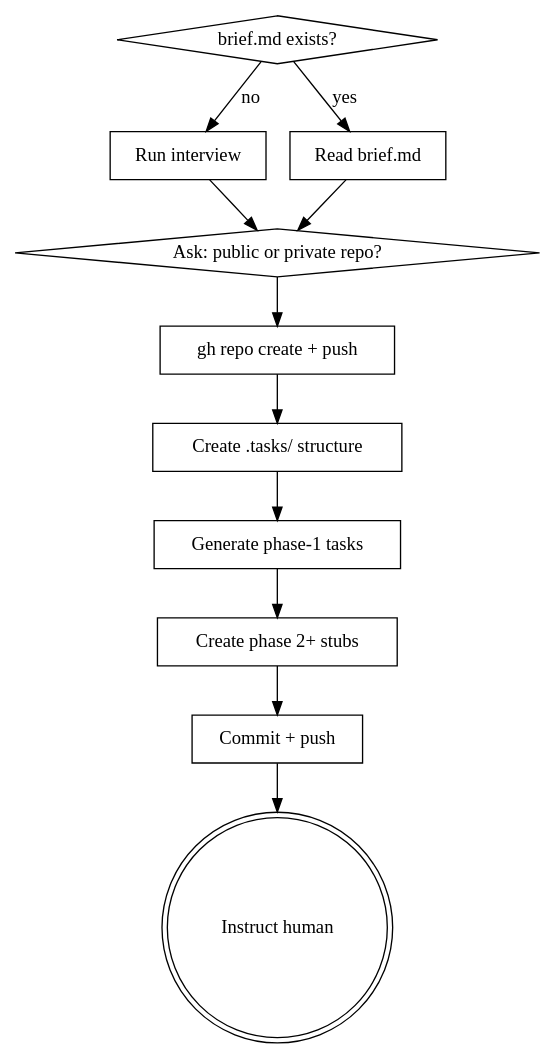
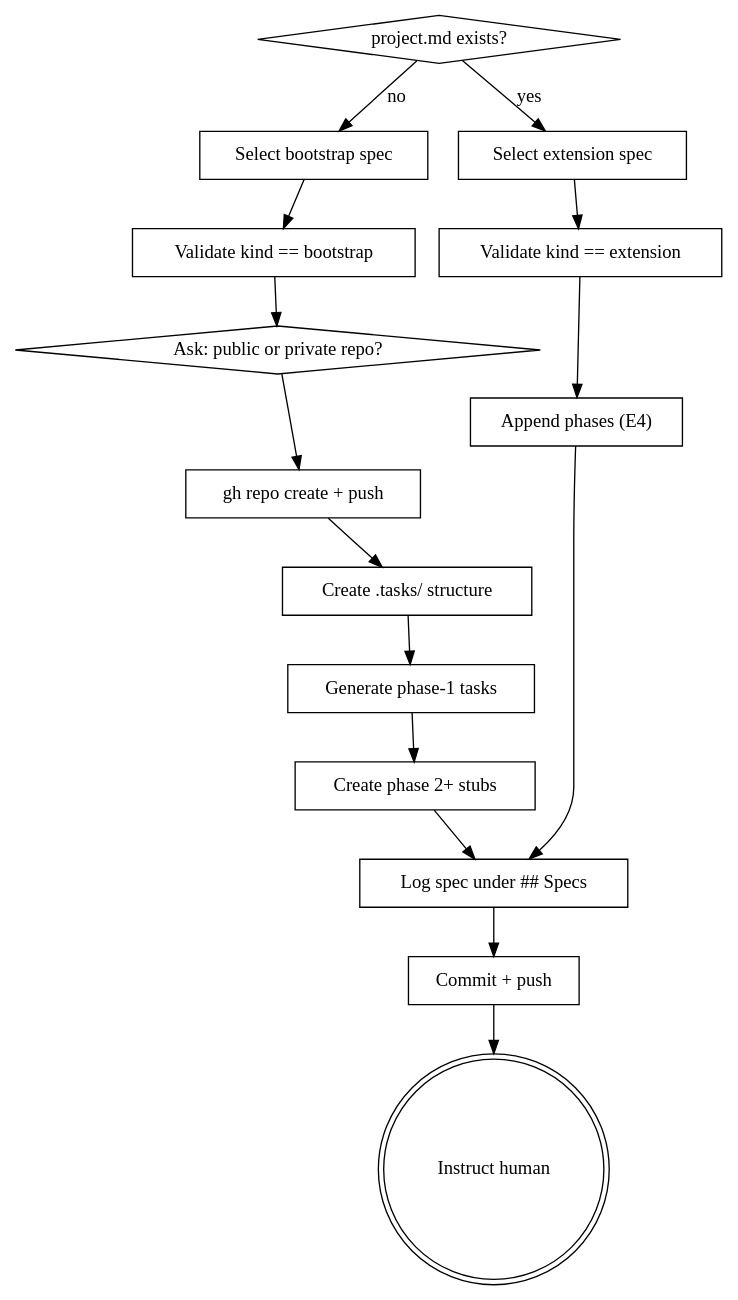
One commit to dx0ne/agent-skills changed the diagram in skills/agentflow/project-orchestrate/SKILL.md. Above: the diagram before and after it, drawn with Graphviz. The commit also changed other lines of this file and 1 other file, not shown here.

Commit message:
chore(task-01): done — Rewrite Claude project-orchestrate input contract to .tasks/specs/

````diff
--- a/skills/agentflow/project-orchestrate/SKILL.md
+++ b/skills/agentflow/project-orchestrate/SKILL.md
@@ -21,25 +22,33 @@
 ```dot
 digraph orchestrate {
-    "brief.md exists?" [shape=diamond];
-    "Run interview" [shape=box];
-    "Read brief.md" [shape=box];
+    "project.md exists?" [shape=diamond];
+    "Select bootstrap spec" [shape=box];
+    "Select extension spec" [shape=box];
+    "Validate kind == bootstrap" [shape=box];
+    "Validate kind == extension" [shape=box];
     "Ask: public or private repo?" [shape=diamond];
     "gh repo create + push" [shape=box];
     "Create .tasks/ structure" [shape=box];
     "Generate phase-1 tasks" [shape=box];
     "Create phase 2+ stubs" [shape=box];
+    "Append phases (E4)" [shape=box];
+    "Log spec under ## Specs" [shape=box];
     "Commit + push" [shape=box];
     "Instruct human" [shape=doublecircle];
 
-    "brief.md exists?" -> "Read brief.md" [label="yes"];
-    "brief.md exists?" -> "Run interview" [label="no"];
-    "Read brief.md" -> "Ask: public or private repo?";
-    "Run interview" -> "Ask: public or private repo?";
+    "project.md exists?" -> "Select extension spec" [label="yes"];
+    "project.md exists?" -> "Select bootstrap spec" [label="no"];
+    "Select bootstrap spec" -> "Validate kind == bootstrap";
+    "Select extension spec" -> "Validate kind == extension";
+    "Validate kind == bootstrap" -> "Ask: public or private repo?";
     "Ask: public or private repo?" -> "gh repo create + push";
     "gh repo create + push" -> "Create .tasks/ structure";
     "Create .tasks/ structure" -> "Generate phase-1 tasks";
     "Generate phase-1 tasks" -> "Create phase 2+ stubs";
-    "Create phase 2+ stubs" -> "Commit + push";
+    "Create phase 2+ stubs" -> "Log spec under ## Specs";
+    "Validate kind == extension" -> "Append phases (E4)";
+    "Append phases (E4)" -> "Log spec under ## Specs";
+    "Log spec under ## Specs" -> "Commit + push";
     "Commit + push" -> "Instruct human";
 }
 ```
````
